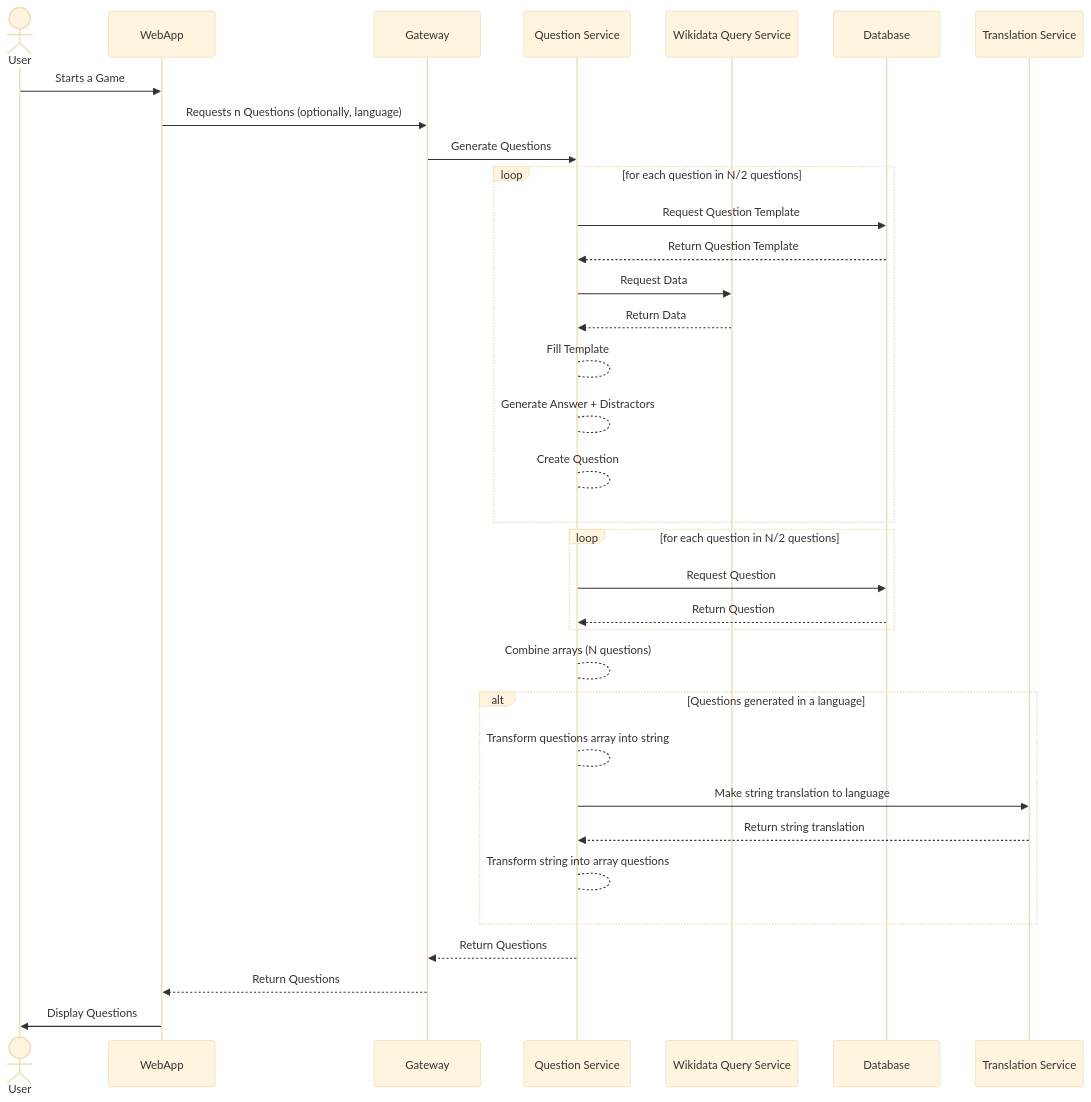
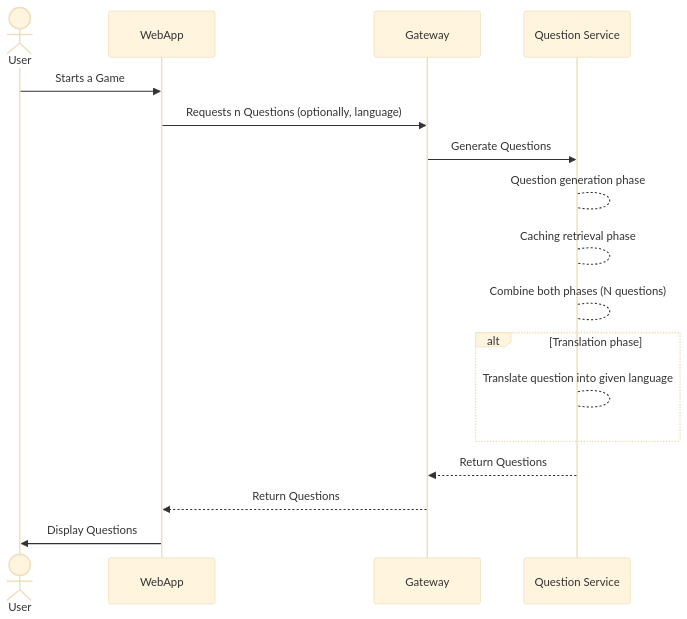
Before and after one commit to Arquisoft/wiq_en3b: the second of 6 diagrams in docs/src/06_runtime_view.adoc, drawn with Mermaid (base theme). The commit also changed other lines of this file and 2 other files, not shown here.

Commit message:
Updating docs v3 - Part5,6,8

```diff
--- a/docs/src/06_runtime_view.adoc
+++ b/docs/src/06_runtime_view.adoc
@@ -103,43 +104,26 @@
 [mermaid]
 ....
- sequenceDiagram
+sequenceDiagram
     actor U as User
     participant FE as WebApp 
     participant BE as Gateway 
     participant QGS as Question Service
-    participant WQS as Wikidata Query Service 
-    participant DB as Database 
-    participant TS as Translation Service
 
     U->>FE: Starts a Game
     FE->>BE: Requests n Questions (optionally, language)
     BE->>QGS: Generate Questions
 
-    loop for each question in N/2 questions
-        QGS->>DB: Request Question Template
-        DB-->>QGS: Return Question Template
-        QGS->>WQS: Request Data
-        WQS-->>QGS: Return Data
-        QGS-->QGS: Fill Template
-        QGS-->QGS: Generate Answer + Distractors
-        QGS-->QGS: Create Question
-    end
-    
-    loop for each question in N/2 questions
-        QGS->>DB: Request Question
-        DB-->>QGS: Return Question
-    end
+    QGS-->QGS: Question generation phase
 
-    QGS-->QGS: Combine arrays (N questions) 
+    QGS-->QGS: Caching retrieval phase    
 
-    alt Questions generated in a language
-        QGS-->QGS: Transform questions array into string
-        QGS->>TS: Make string translation to language
-        TS-->>QGS: Return string translation
-        QGS-->QGS: Transform string into array questions
+    QGS-->QGS: Combine both phases (N questions) 
+
+    alt Translation phase
+        QGS-->QGS: Translate question into given language
     end
     
     QGS-->>BE: Return Questions
     BE-->>FE: Return Questions
     FE->>U: Display Questions
 ....
```
